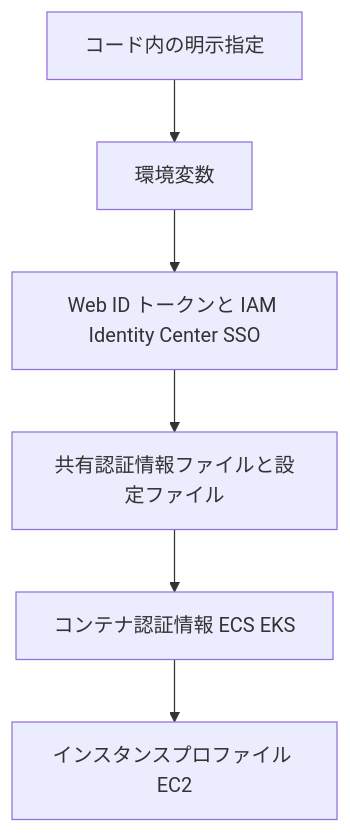
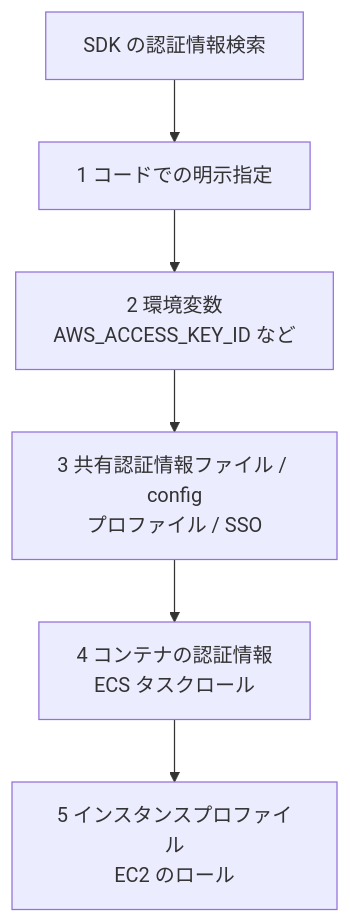
One commit to myoshi2891/Cloud-Infrastructure-and-Network-Studies changed diagram 12 of 31 in Dva-c02-domain1-development-with-aws-services-guide.md. Above: the diagram before and after it, drawn with Mermaid. The commit also changed other lines of this file, not shown here.

Commit message:
docs(aws): update DVA-C02 Domain 1 guide with comprehensive official references and study tips

````diff
--- a/Dva-c02-domain1-development-with-aws-services-guide.md
+++ b/Dva-c02-domain1-development-with-aws-services-guide.md
@@ -764,8 +867,8 @@
 ```mermaid
 flowchart TD
-    A["コード内の明示指定"] --> B["環境変数"]
-    B --> D["Web ID トークンと IAM Identity Center SSO"]
-    D --> C["共有認証情報ファイルと設定ファイル"]
-    C --> E["コンテナ認証情報 ECS EKS"]
-    E --> F["インスタンスプロファイル EC2"]
+    A["SDK の認証情報検索"] --> B["1 コードでの明示指定"]
+    B --> C["2 環境変数<br/>AWS_ACCESS_KEY_ID など"]
+    C --> D["3 共有認証情報ファイル / config<br/>プロファイル / SSO"]
+    D --> E["4 コンテナの認証情報<br/>ECS タスクロール"]
+    E --> F["5 インスタンスプロファイル<br/>EC2 のロール"]
 ```
````
